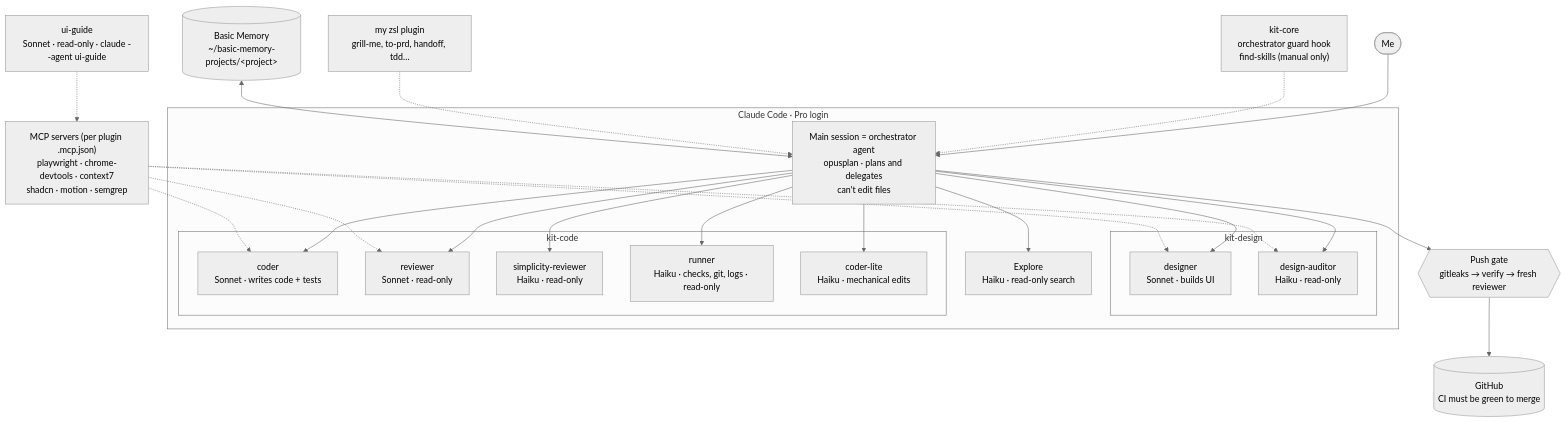
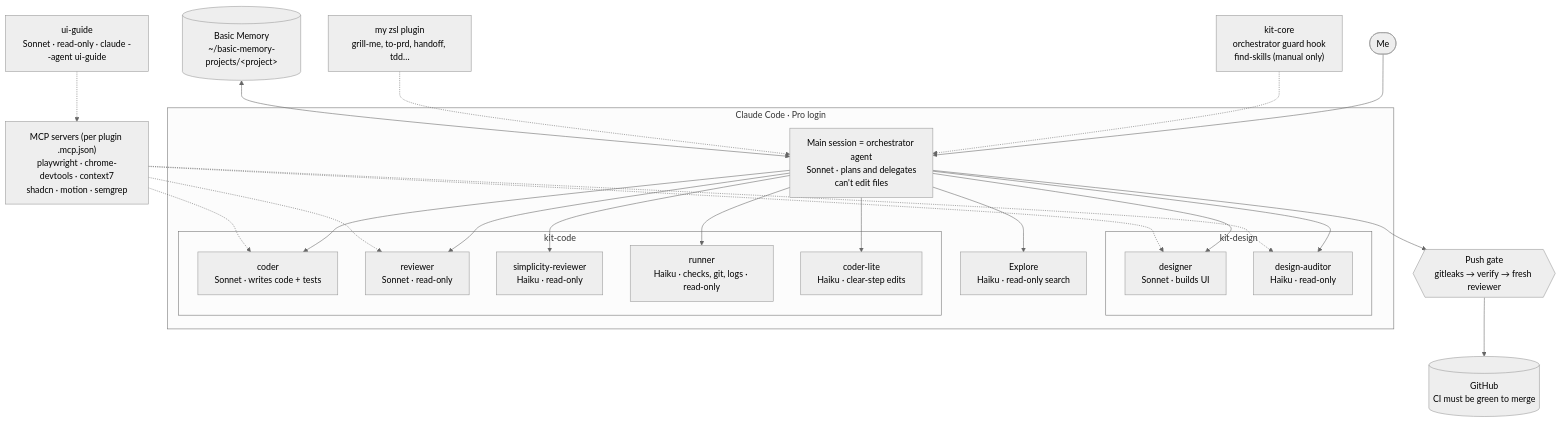
One commit to milosanokklis-debug/new_ai_setup changed the first of 6 diagrams in README.md. Above: the diagram before and after it, drawn with Mermaid (neutral theme). The commit also changed other lines of this file and 15 other files, not shown here.

First line of the commit message:
Feature/lead agent sonnet default (#4)

````diff
--- a/README.md
+++ b/README.md
@@ -123,33 +124,33 @@
 ```mermaid
 flowchart TB
     me([Me]) --> main
 
     subgraph CC["Claude Code · Pro login"]
-        main["Main session = orchestrator agent<br/>opusplan · plans and delegates<br/>can't edit files"]
+        main["Main session = orchestrator agent<br/>Sonnet · plans and delegates<br/>can't edit files"]
 
         subgraph design["kit-design"]
             designer["designer<br/>Sonnet · builds UI"]
             auditor["design-auditor<br/>Haiku · read-only"]
         end
 
         subgraph code["kit-code"]
             coder["coder<br/>Sonnet · writes code + tests"]
             reviewer["reviewer<br/>Sonnet · read-only"]
             simple["simplicity-reviewer<br/>Haiku · read-only"]
             runner["runner<br/>Haiku · checks, git, logs · read-only"]
-            lite["coder-lite<br/>Haiku · mechanical edits"]
+            lite["coder-lite<br/>Haiku · clear-step edits"]
         end
 
         explore["Explore<br/>Haiku · read-only search"]
         main --> designer & auditor & coder & lite & runner & reviewer & simple & explore
     end
 
     mcp["MCP servers (per plugin .mcp.json)<br/>playwright · chrome-devtools · context7<br/>shadcn · motion · semgrep"] -.-> designer & auditor & coder & reviewer
     guide["ui-guide<br/>Sonnet · read-only · claude --agent ui-guide"] -.-> mcp
 
     core["kit-core<br/>orchestrator guard hook<br/>find-skills (manual only)"] -.-> main
     zsl["my zsl plugin<br/>grill-me, to-prd, handoff, tdd…"] -.-> main
     bm[("Basic Memory<br/>~/basic-memory-projects/&lt;project&gt;")] <--> main
     main --> gate{{"Push gate<br/>gitleaks → verify → fresh reviewer"}}
     gate --> gh[("GitHub<br/>CI must be green to merge")]
 ```
````
